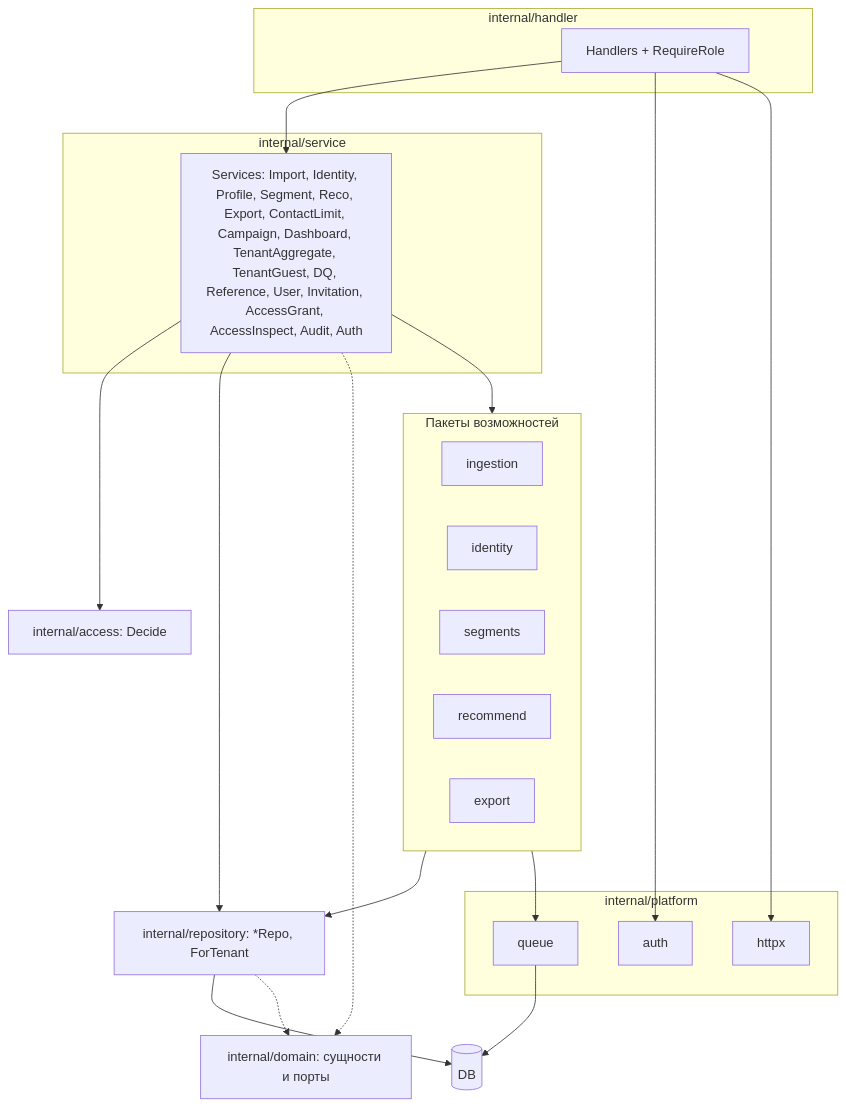
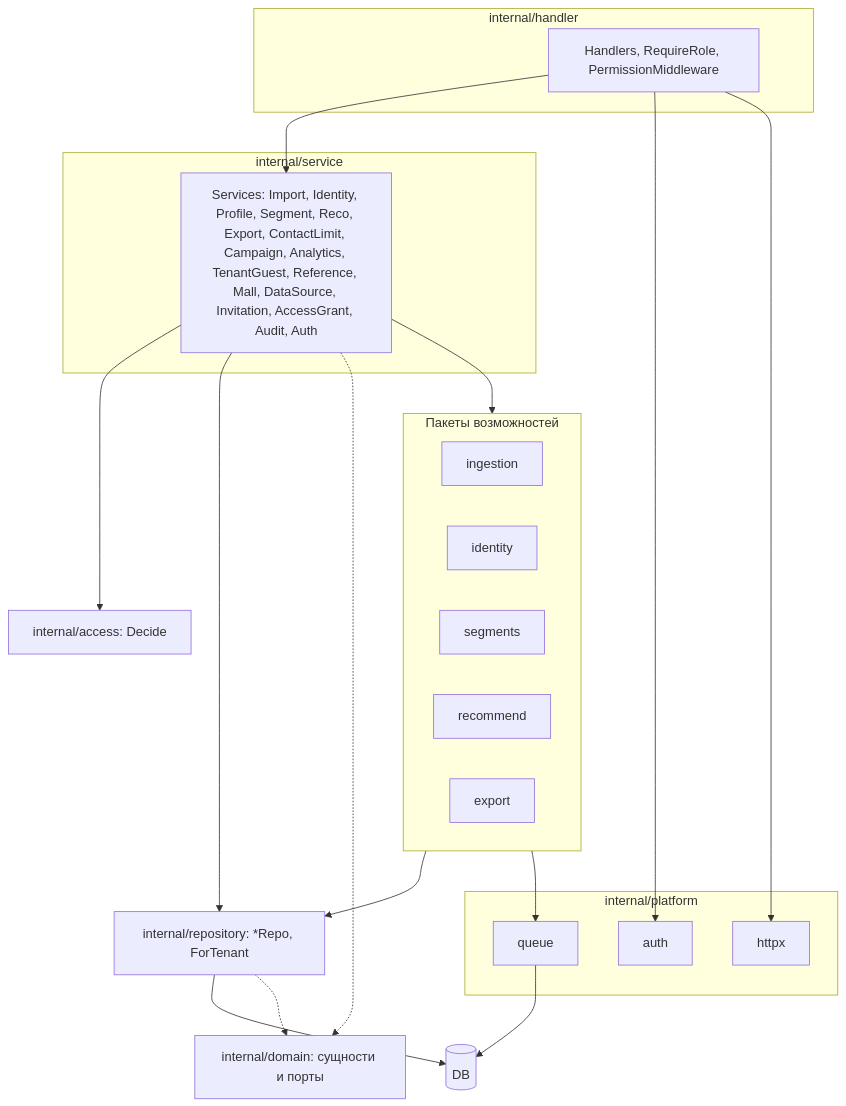
One commit to MangriMen/UCRP changed the third of 5 diagrams in docs/design/12-c4.md. Above: the diagram before and after it, drawn with Mermaid. The commit also changed other lines of this file and 13 other files, not shown here.

````diff
--- a/docs/design/12-c4.md
+++ b/docs/design/12-c4.md
@@ -58,37 +58,37 @@
 ```mermaid
 flowchart TB
   subgraph H["internal/handler"]
-    HA["Handlers + RequireRole"]
+    HA["Handlers, RequireRole, PermissionMiddleware"]
   end
   subgraph S["internal/service"]
-    SV["Services: Import, Identity, Profile, Segment, Reco, Export, ContactLimit, Campaign, Dashboard, TenantAggregate, TenantGuest, DQ, Reference, User, Invitation, AccessGrant, AccessInspect, Audit, Auth"]
+    SV["Services: Import, Identity, Profile, Segment, Reco, Export, ContactLimit, Campaign, Analytics, TenantGuest, Reference, Mall, DataSource, Invitation, AccessGrant, Audit, Auth"]
   end
   subgraph CAP["Пакеты возможностей"]
     ING["ingestion"]
     IDN["identity"]
     SEG["segments"]
     REC["recommend"]
     EXPT["export"]
   end
   subgraph PL["internal/platform"]
     AUTH["auth"]
     QU["queue"]
     HX["httpx"]
   end
   AC["internal/access: Decide"]
   REPO["internal/repository: *Repo, ForTenant"]
   DOM["internal/domain: сущности и порты"]
   DB[("DB")]
   HA --> SV
   HA --> AUTH
   SV --> CAP
   SV --> AC
   SV --> REPO
   CAP --> REPO
   CAP --> QU
   REPO --> DB
   QU --> DB
   HA --> HX
   SV -.-> DOM
   REPO -.-> DOM
 ```
````
